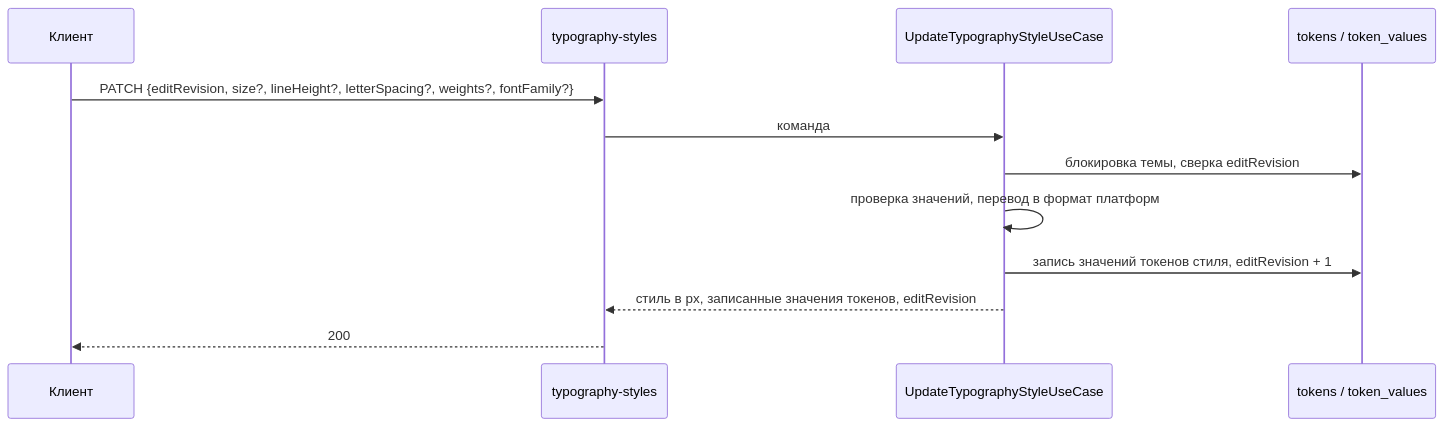
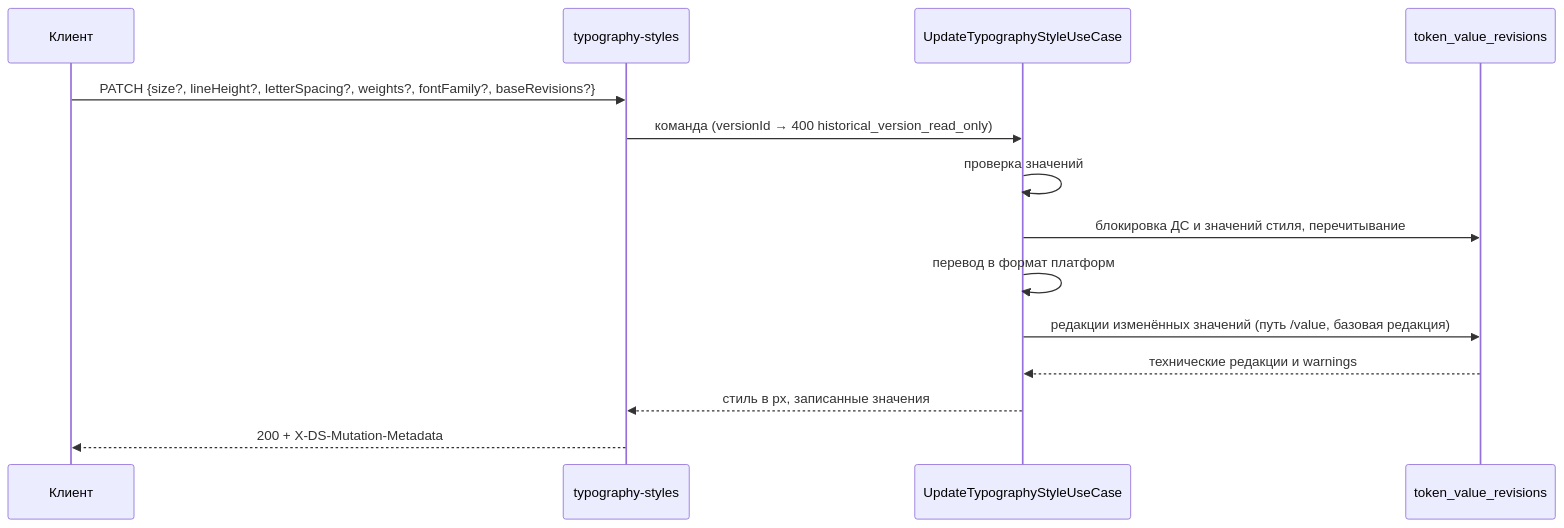
The diagram in openspec/changes/add-typography-tokens-editor/design.md (salute-developers/design-system-builder), drawn with Mermaid before and after one commit. The commit also changed other lines of this file and 6 other files, not shown here.

````diff
--- a/openspec/changes/add-typography-tokens-editor/design.md
+++ b/openspec/changes/add-typography-tokens-editor/design.md
@@ -111,14 +137,16 @@
 ```mermaid
 sequenceDiagram
   participant C as Клиент
   participant R as typography-styles
   participant U as UpdateTypographyStyleUseCase
-  participant DB as tokens / token_values
-  C->>R: PATCH {editRevision, size?, lineHeight?, letterSpacing?, weights?, fontFamily?}
-  R->>U: команда
-  U->>DB: блокировка темы, сверка editRevision
-  U->>U: проверка значений, перевод в формат платформ
-  U->>DB: запись значений токенов стиля, editRevision + 1
-  U-->>R: стиль в px, записанные значения токенов, editRevision
-  R-->>C: 200
+  participant DB as token_value_revisions
+  C->>R: PATCH {size?, lineHeight?, letterSpacing?, weights?, fontFamily?, baseRevisions?}
+  R->>U: команда (versionId → 400 historical_version_read_only)
+  U->>U: проверка значений
+  U->>DB: блокировка ДС и значений стиля, перечитывание
+  U->>U: перевод в формат платформ
+  U->>DB: редакции изменённых значений (путь /value, базовая редакция)
+  DB-->>U: технические редакции и warnings
+  U-->>R: стиль в px, записанные значения
+  R-->>C: 200 + X-DS-Mutation-Metadata
 ```
````
